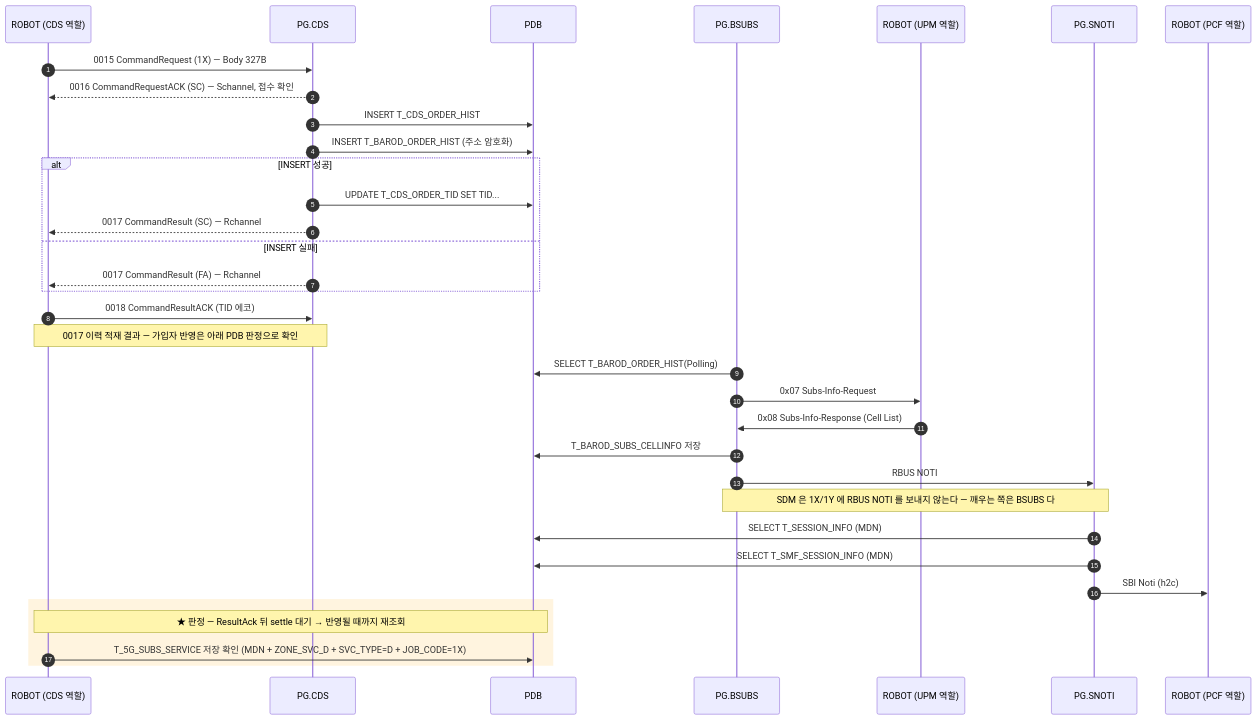
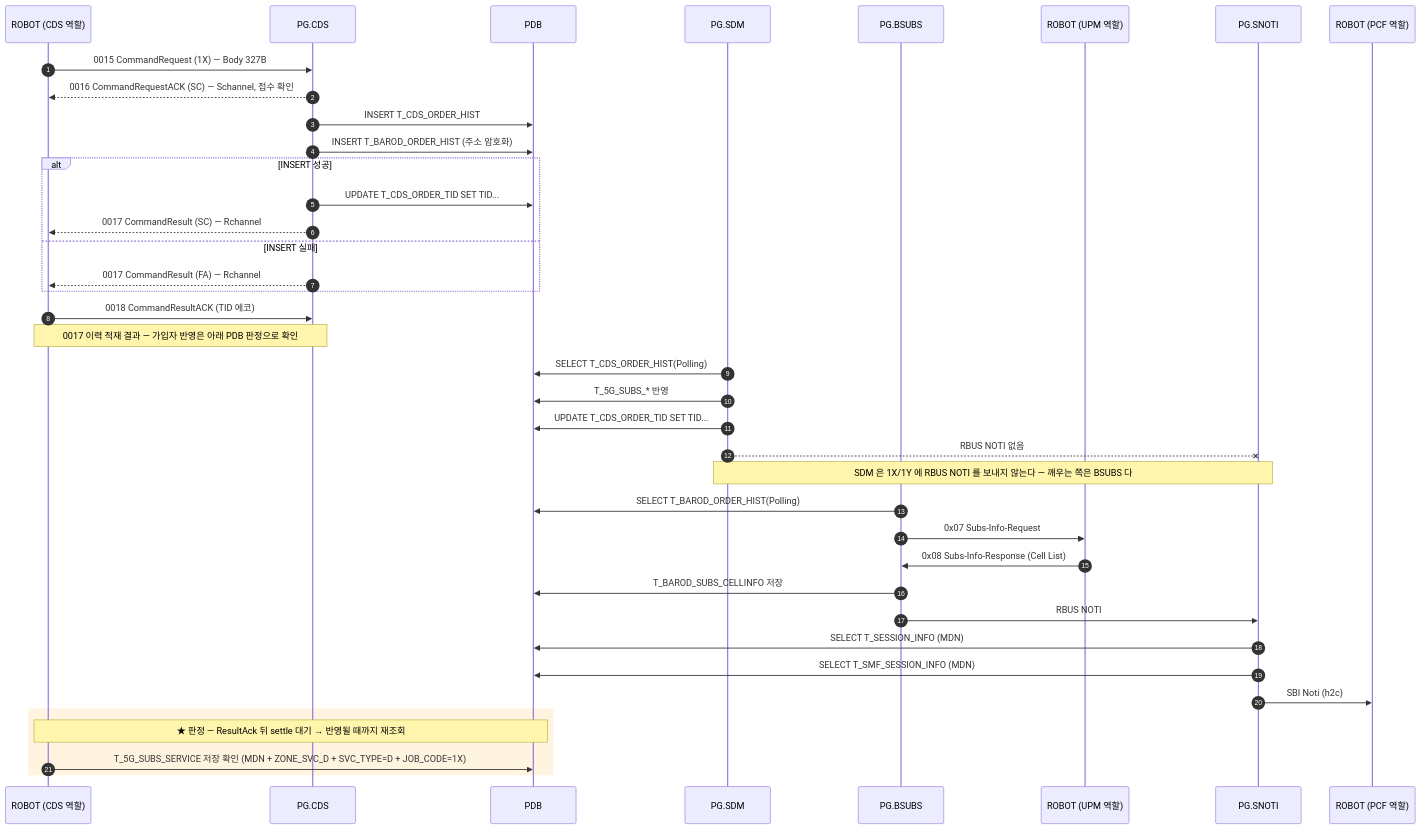
One commit to IanKim2030/tc4robot changed the diagram in docs/callflow/CDS_1X.md. Above: the diagram before and after it, drawn with Mermaid. The commit also changed 2 other files, not shown here.

Commit message:
docs: 1X/1Y 에 빠져 있던 PG.SDM 블록을 넣는다
BSUBS 경유 코드(1X/1Y)의 다이어그램이 0018 ResultAck 뒤 바로 BSUBS
폴링으로 넘어가 있었다. 1X/1Y 도 SDM 은 돈다 — 안 하는 것은 RBUS NOTI
뿐이다. 그 결과 판정이 보는 T_5G_SUBS_SERVICE 행이 **어디서 생기는지**
그림에 없었다.

    SDM->>PDB: SELECT T_CDS_ORDER_HIST(Polling)
    SDM->>PDB: T_5G_SUBS_* 반영
    SDM->>PDB: UPDATE T_CDS_ORDER_TID SET TID...
    SDM--xSNOTI: RBUS NOTI 없음
    Note over SDM,SNOTI: SDM 은 1X/1Y 에 RBUS NOTI 를 보내지 않는다 …

`--x` 로 그려 "여기서 끊긴다" 를 보이게 했다 — CDS_X1.md 2장이 쓰는
표기와 같다. Note 는 BSUBS,SNOTI 에서 SDM,SNOTI 로 옮겼다(끊기는
당사자 위에 놓아야 읽힌다).

mermaid 21블록 문제 0건.

````diff
--- a/docs/callflow/CDS_1X.md
+++ b/docs/callflow/CDS_1X.md
@@ -17,38 +17,44 @@
 ```mermaid
 sequenceDiagram
     autonumber
     participant TOOL as ROBOT (CDS 역할)
     participant PCDS as PG.CDS
     participant PDB as PDB
+    participant SDM as PG.SDM
     participant BSUBS as PG.BSUBS
     participant UPM as ROBOT (UPM 역할)
     participant SNOTI as PG.SNOTI
     participant PCF as ROBOT (PCF 역할)
 
     TOOL->>PCDS: 0015 CommandRequest (1X) — Body 327B
     PCDS-->>TOOL: 0016 CommandRequestACK (SC) — Schannel, 접수 확인
     PCDS->>PDB: INSERT T_CDS_ORDER_HIST
     PCDS->>PDB: INSERT T_BAROD_ORDER_HIST (주소 암호화)
     alt INSERT 성공
         PCDS->>PDB: UPDATE T_CDS_ORDER_TID SET TID...
         PCDS-->>TOOL: 0017 CommandResult (SC) — Rchannel
     else INSERT 실패
         PCDS-->>TOOL: 0017 CommandResult (FA) — Rchannel
     end
     TOOL->>PCDS: 0018 CommandResultACK (TID 에코)
     Note over TOOL,PCDS: 0017 이력 적재 결과 — 가입자 반영은 아래 PDB 판정으로 확인
 
+    SDM->>PDB: SELECT T_CDS_ORDER_HIST(Polling)
+    SDM->>PDB: T_5G_SUBS_* 반영
+    SDM->>PDB: UPDATE T_CDS_ORDER_TID SET TID...
+    SDM--xSNOTI: RBUS NOTI 없음
+    Note over SDM,SNOTI: SDM 은 1X/1Y 에 RBUS NOTI 를 보내지 않는다 — 깨우는 쪽은 BSUBS 다
+
     BSUBS->>PDB: SELECT T_BAROD_ORDER_HIST(Polling)
     BSUBS->>UPM: 0x07 Subs-Info-Request
     UPM->>BSUBS: 0x08 Subs-Info-Response (Cell List)
     BSUBS->>PDB: T_BAROD_SUBS_CELLINFO 저장
     BSUBS->>SNOTI: RBUS NOTI
-    Note over BSUBS,SNOTI: SDM 은 1X/1Y 에 RBUS NOTI 를 보내지 않는다 — 깨우는 쪽은 BSUBS 다
     SNOTI->>PDB: SELECT T_SESSION_INFO (MDN)
     SNOTI->>PDB: SELECT T_SMF_SESSION_INFO (MDN)
     SNOTI->>PCF: SBI Noti (h2c)
     rect rgba(255, 176, 32, 0.14)
     Note over TOOL,PDB: ★ 판정 — ResultAck 뒤 settle 대기 → 반영될 때까지 재조회
         TOOL->>PDB: T_5G_SUBS_SERVICE 저장 확인 (MDN + ZONE_SVC_D + SVC_TYPE=D + JOB_CODE=1X)
     end
 ```
````
